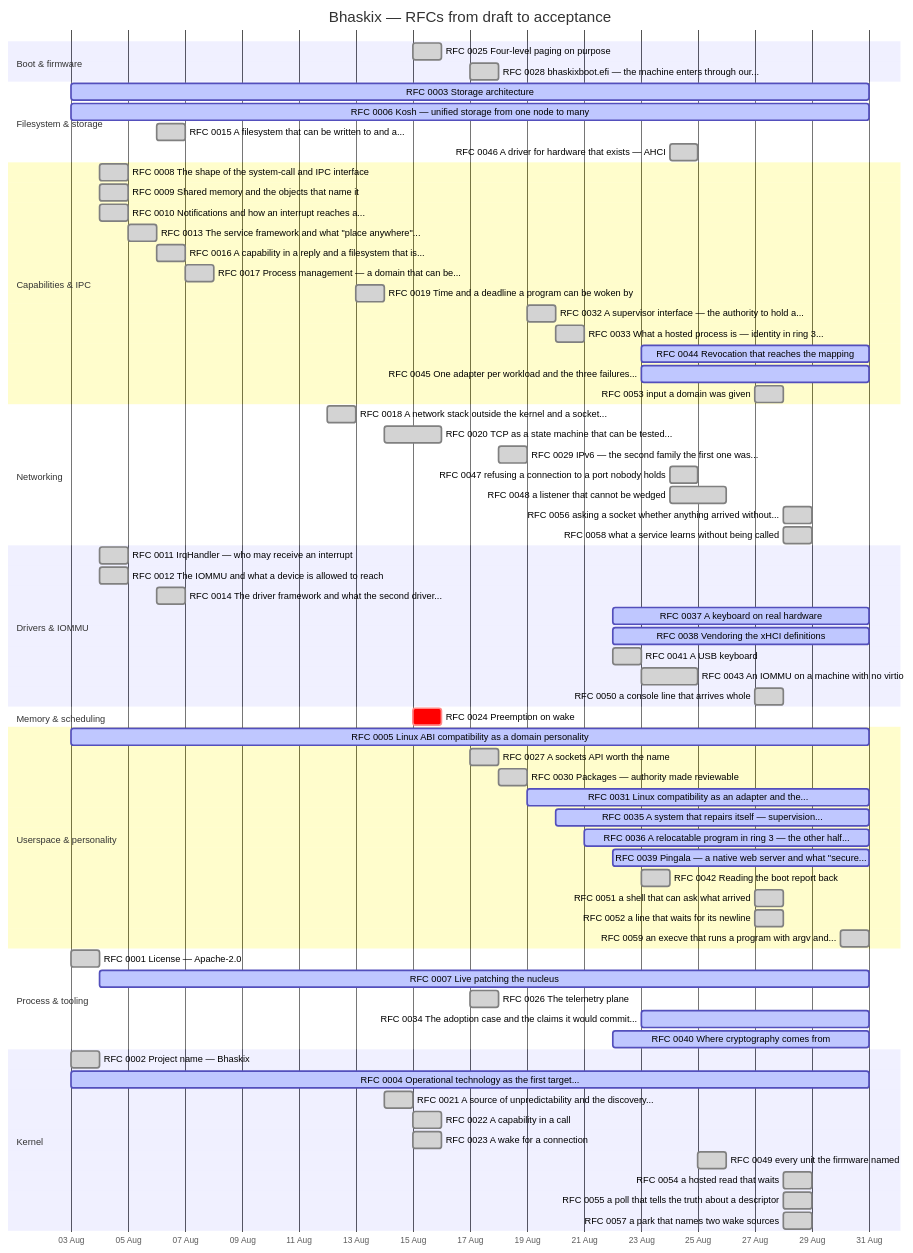
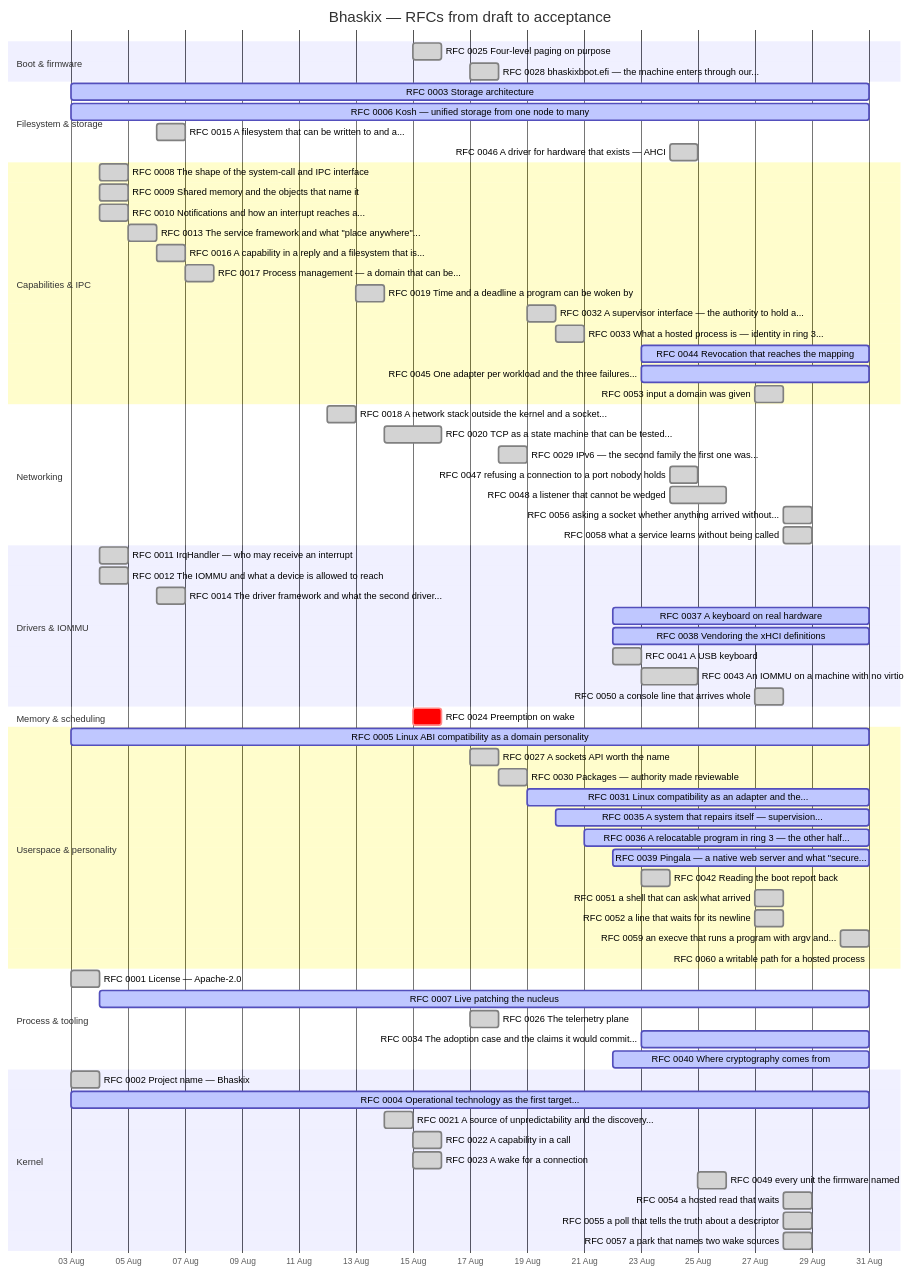
One commit to bhaskix/bhaskix changed the diagram in docs/progress.md. Above: the diagram before and after it, drawn with Mermaid. The commit also changed other lines of this file and 4 other files, not shown here.

First line of the commit message:
linuxd: the adapter holds a writable directory -- RFC 0060 step 1 of 6

````diff
--- a/docs/progress.md
+++ b/docs/progress.md
@@ -24,75 +24,76 @@
 ```mermaid
 gantt
     title Bhaskix — RFCs from draft to acceptance
     dateFormat YYYY-MM-DD
     axisFormat %d %b
     todayMarker off
     section Boot & firmware
     RFC 0025 Four-level paging on purpose :done, r0025, 2026-08-15, 2026-08-16
     RFC 0028 bhaskixboot.efi — the machine enters through our... :done, r0028, 2026-08-17, 2026-08-18
     section Filesystem & storage
     RFC 0003 Storage architecture :active, r0003, 2026-08-03, 2026-08-31
     RFC 0006 Kosh — unified storage from one node to many :active, r0006, 2026-08-03, 2026-08-31
     RFC 0015 A filesystem that can be written to and a... :done, r0015, 2026-08-06, 1d
     RFC 0046 A driver for hardware that exists — AHCI :done, r0046, 2026-08-24, 1d
     section Capabilities & IPC
     RFC 0008 The shape of the system-call and IPC interface :done, r0008, 2026-08-04, 1d
     RFC 0009 Shared memory and the objects that name it :done, r0009, 2026-08-04, 1d
     RFC 0010 Notifications and how an interrupt reaches a... :done, r0010, 2026-08-04, 1d
     RFC 0013 The service framework and what "place anywhere"... :done, r0013, 2026-08-05, 1d
     RFC 0016 A capability in a reply and a filesystem that is... :done, r0016, 2026-08-06, 2026-08-07
     RFC 0017 Process management — a domain that can be... :done, r0017, 2026-08-07, 1d
     RFC 0019 Time and a deadline a program can be woken by :done, r0019, 2026-08-13, 2026-08-14
     RFC 0032 A supervisor interface — the authority to hold a... :done, r0032, 2026-08-19, 2026-08-20
     RFC 0033 What a hosted process is — identity in ring 3... :done, r0033, 2026-08-20, 1d
     RFC 0044 Revocation that reaches the mapping :active, r0044, 2026-08-23, 2026-08-31
     RFC 0045 One adapter per workload and the three failures... :active, r0045, 2026-08-23, 2026-08-31
     RFC 0053 input a domain was given :done, r0053, 2026-08-27, 1d
     section Networking
     RFC 0018 A network stack outside the kernel and a socket... :done, r0018, 2026-08-12, 2026-08-13
     RFC 0020 TCP as a state machine that can be tested... :done, r0020, 2026-08-14, 2026-08-16
     RFC 0029 IPv6 — the second family the first one was... :done, r0029, 2026-08-18, 1d
     RFC 0047 refusing a connection to a port nobody holds :done, r0047, 2026-08-24, 1d
     RFC 0048 a listener that cannot be wedged :done, r0048, 2026-08-24, 2026-08-26
     RFC 0056 asking a socket whether anything arrived without... :done, r0056, 2026-08-28, 1d
     RFC 0058 what a service learns without being called :done, r0058, 2026-08-28, 1d
     section Drivers & IOMMU
     RFC 0011 IrqHandler — who may receive an interrupt :done, r0011, 2026-08-04, 1d
     RFC 0012 The IOMMU and what a device is allowed to reach :done, r0012, 2026-08-04, 1d
     RFC 0014 The driver framework and what the second driver... :done, r0014, 2026-08-06, 1d
     RFC 0037 A keyboard on real hardware :active, r0037, 2026-08-22, 2026-08-31
     RFC 0038 Vendoring the xHCI definitions :active, r0038, 2026-08-22, 2026-08-31
     RFC 0041 A USB keyboard :done, r0041, 2026-08-22, 2026-08-23
     RFC 0043 An IOMMU on a machine with no virtio :done, r0043, 2026-08-23, 2026-08-25
     RFC 0050 a console line that arrives whole :done, r0050, 2026-08-27, 1d
     section Memory & scheduling
     RFC 0024 Preemption on wake :crit, r0024, 2026-08-15, 1d
     section Userspace & personality
     RFC 0005 Linux ABI compatibility as a domain personality :active, r0005, 2026-08-03, 2026-08-31
     RFC 0027 A sockets API worth the name :done, r0027, 2026-08-17, 1d
     RFC 0030 Packages — authority made reviewable :done, r0030, 2026-08-18, 2026-08-19
     RFC 0031 Linux compatibility as an adapter and the... :active, r0031, 2026-08-19, 2026-08-31
     RFC 0035 A system that repairs itself — supervision... :active, r0035, 2026-08-20, 2026-08-31
     RFC 0036 A relocatable program in ring 3 — the other half... :active, r0036, 2026-08-21, 2026-08-31
     RFC 0039 Pingala — a native web server and what "secure... :active, r0039, 2026-08-22, 2026-08-31
     RFC 0042 Reading the boot report back :done, r0042, 2026-08-23, 1d
     RFC 0051 a shell that can ask what arrived :done, r0051, 2026-08-27, 1d
     RFC 0052 a line that waits for its newline :done, r0052, 2026-08-27, 1d
     RFC 0059 an execve that runs a program with argv and... :done, r0059, 2026-08-30, 1d
+    RFC 0060 a writable path for a hosted process :active, r0060, 2026-08-31, 2026-08-31
     section Process & tooling
     RFC 0001 License — Apache-2.0 :done, r0001, 2026-08-03, 1d
     RFC 0007 Live patching the nucleus :active, r0007, 2026-08-04, 2026-08-31
     RFC 0026 The telemetry plane :done, r0026, 2026-08-17, 1d
     RFC 0034 The adoption case and the claims it would commit... :active, r0034, 2026-08-23, 2026-08-31
     RFC 0040 Where cryptography comes from :active, r0040, 2026-08-22, 2026-08-31
     section Kernel
     RFC 0002 Project name — Bhaskix :done, r0002, 2026-08-03, 1d
     RFC 0004 Operational technology as the first target... :active, r0004, 2026-08-03, 2026-08-31
     RFC 0021 A source of unpredictability and the discovery... :done, r0021, 2026-08-14, 1d
     RFC 0022 A capability in a call :done, r0022, 2026-08-15, 2026-08-16
     RFC 0023 A wake for a connection :done, r0023, 2026-08-15, 2026-08-16
     RFC 0049 every unit the firmware named :done, r0049, 2026-08-25, 1d
     RFC 0054 a hosted read that waits :done, r0054, 2026-08-28, 1d
     RFC 0055 a poll that tells the truth about a descriptor :done, r0055, 2026-08-28, 1d
     RFC 0057 a park that names two wake sources :done, r0057, 2026-08-28, 1d
 ```
````
